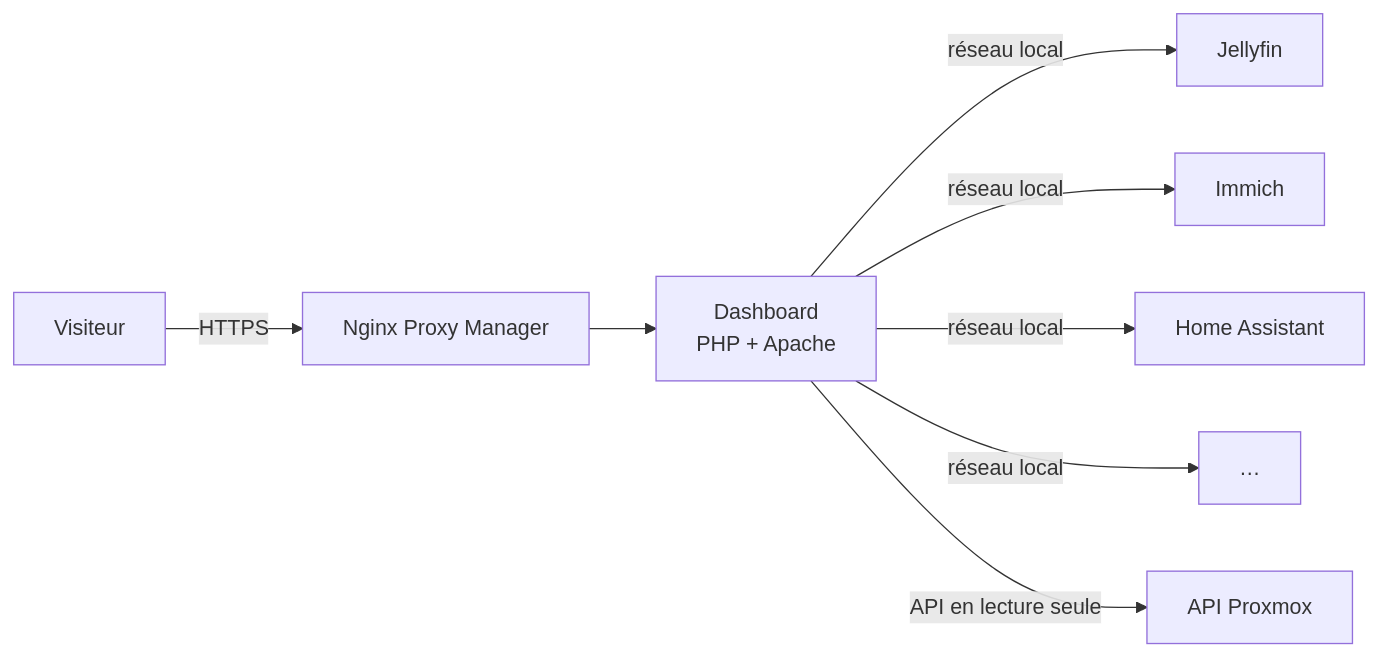
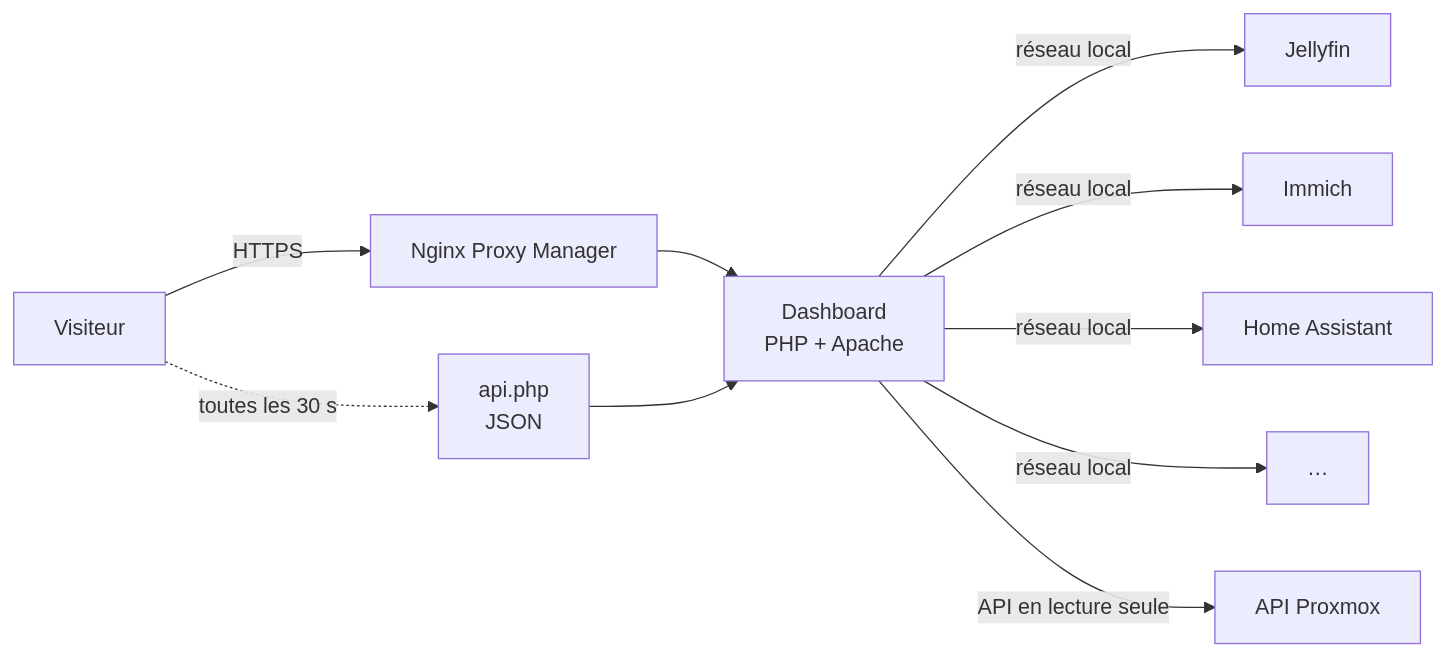
One commit to titouandup/dashboard-homelab changed the diagram in README.md. Above: the diagram before and after it, drawn with Mermaid. The commit also changed other lines of this file, not shown here.

````diff
--- a/README.md
+++ b/README.md
@@ -11,10 +20,12 @@
 ```mermaid
 flowchart LR
     v[Visiteur] -- HTTPS --> npm[Nginx Proxy Manager]
     npm --> d[Dashboard<br/>PHP + Apache]
     d -- réseau local --> s1[Jellyfin]
     d -- réseau local --> s2[Immich]
     d -- réseau local --> s3[Home Assistant]
     d -- réseau local --> s4[…]
     d -- API en lecture seule --> p[API Proxmox]
+    v -. toutes les 30 s .-> a[api.php<br/>JSON]
+    a --> d
 ```
````
